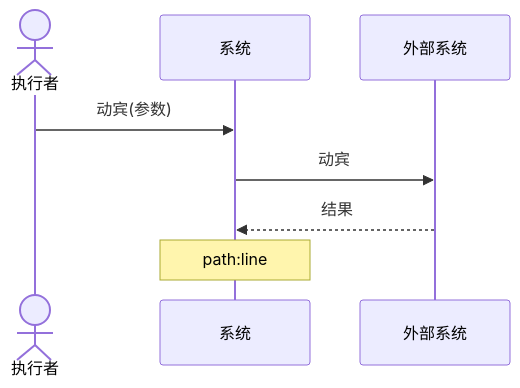
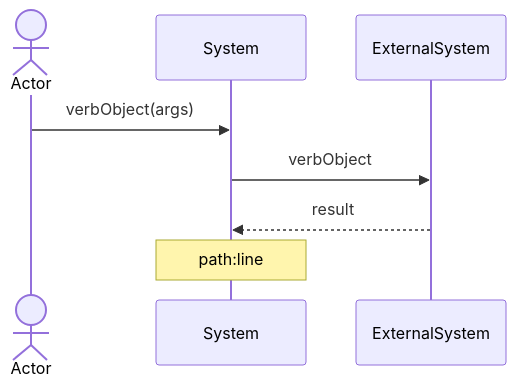
The second of 6 diagrams in shared/references/diagram-syntax.md (cpd13868584/abcd), drawn with Mermaid before and after one commit. The commit also changed other lines of this file and 13 other files, not shown here.

````diff
--- a/shared/references/diagram-syntax.md
+++ b/shared/references/diagram-syntax.md
@@ -35,10 +35,10 @@
 ```mermaid
 sequenceDiagram
-    actor U as 执行者
-    participant S as 系统
-    participant X as 外部系统
-    U->>S: 动宾(参数)
-    S->>X: 动宾
-    X-->>S: 结果
+    actor U as Actor
+    participant S as System
+    participant X as ExternalSystem
+    U->>S: verbObject(args)
+    S->>X: verbObject
+    X-->>S: result
     Note over S: path:line
 ```
````
